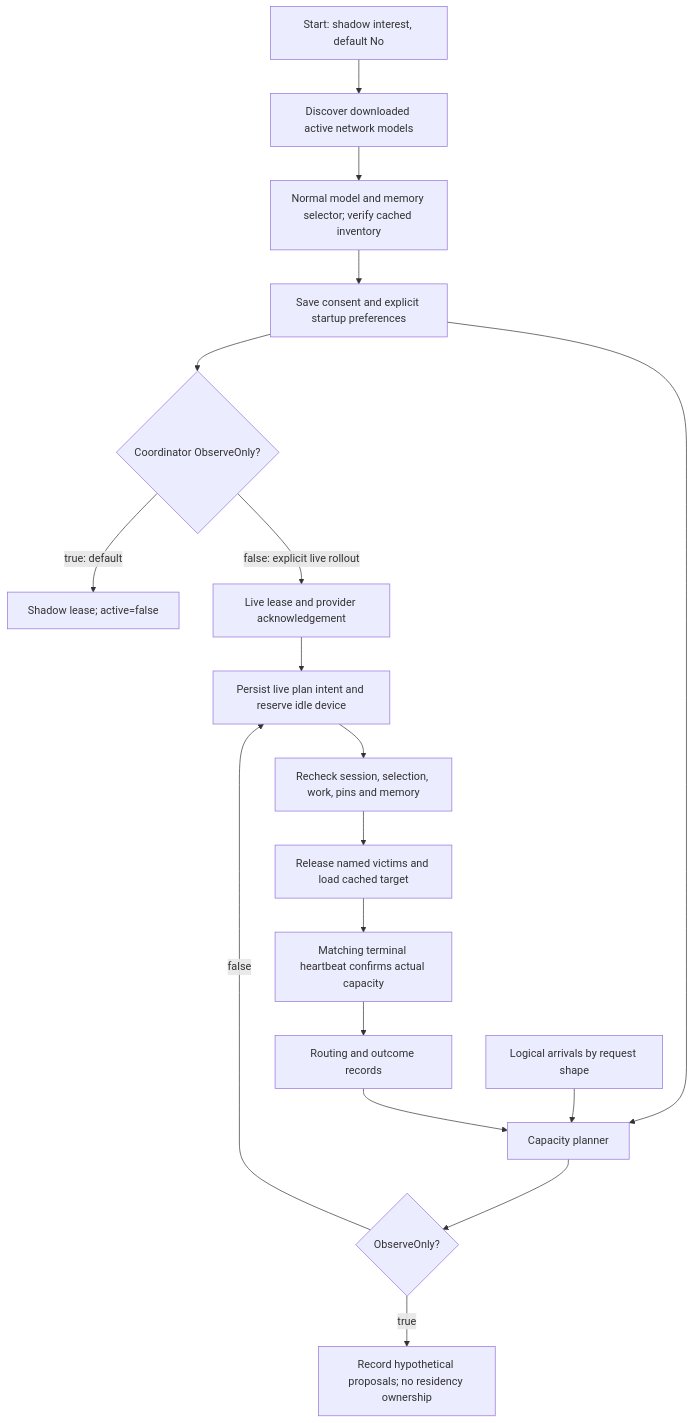
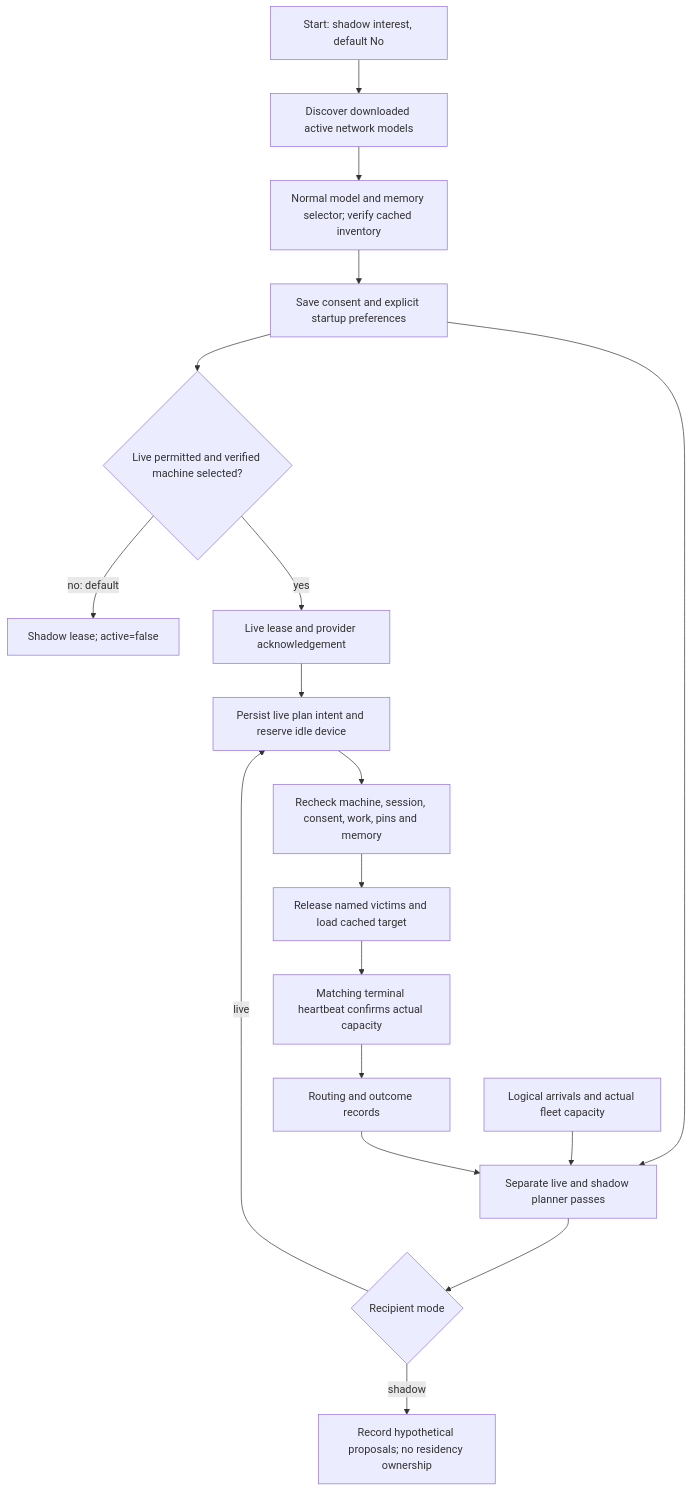
Before and after one commit to Layr-Labs/d-inference: the diagram in docs/architecture/model-autopilot.md, drawn with Mermaid. The commit also changed other lines of this file and 59 other files, not shown here.

Commit message:
feat(autopilot): scope live control to verified machines

````diff
--- a/docs/architecture/model-autopilot.md
+++ b/docs/architecture/model-autopilot.md
@@ -20,20 +20,20 @@
 ```mermaid
 flowchart TD
   A["Start: shadow interest, default No"] --> B["Discover downloaded active network models"]
   B --> C["Normal model and memory selector; verify cached inventory"]
   C --> D["Save consent and explicit startup preferences"]
-  D --> E{"Coordinator ObserveOnly?"}
-  D --> G["Capacity planner"]
-  F["Logical arrivals by request shape"] --> G["Capacity planner"]
-  E -->|"true: default"| S["Shadow lease; active=false"]
-  E -->|"false: explicit live rollout"| V["Live lease and provider acknowledgement"]
+  D --> E{"Live permitted and verified machine selected?"}
+  D --> G["Separate live and shadow planner passes"]
+  F["Logical arrivals and actual fleet capacity"] --> G
+  E -->|"no: default"| S["Shadow lease; active=false"]
+  E -->|"yes"| V["Live lease and provider acknowledgement"]
   V --> H
-  G --> R{"ObserveOnly?"}
-  R -->|"true"| P["Record hypothetical proposals; no residency ownership"]
-  R -->|"false"| H["Persist live plan intent and reserve idle device"]
-  H --> I["Recheck session, selection, work, pins and memory"]
+  G --> R{"Recipient mode"}
+  R -->|"shadow"| P["Record hypothetical proposals; no residency ownership"]
+  R -->|"live"| H["Persist live plan intent and reserve idle device"]
+  H --> I["Recheck machine, session, consent, work, pins and memory"]
   I --> J["Release named victims and load cached target"]
   J --> K["Matching terminal heartbeat confirms actual capacity"]
   K --> L["Routing and outcome records"]
   L --> G
 ```
````
